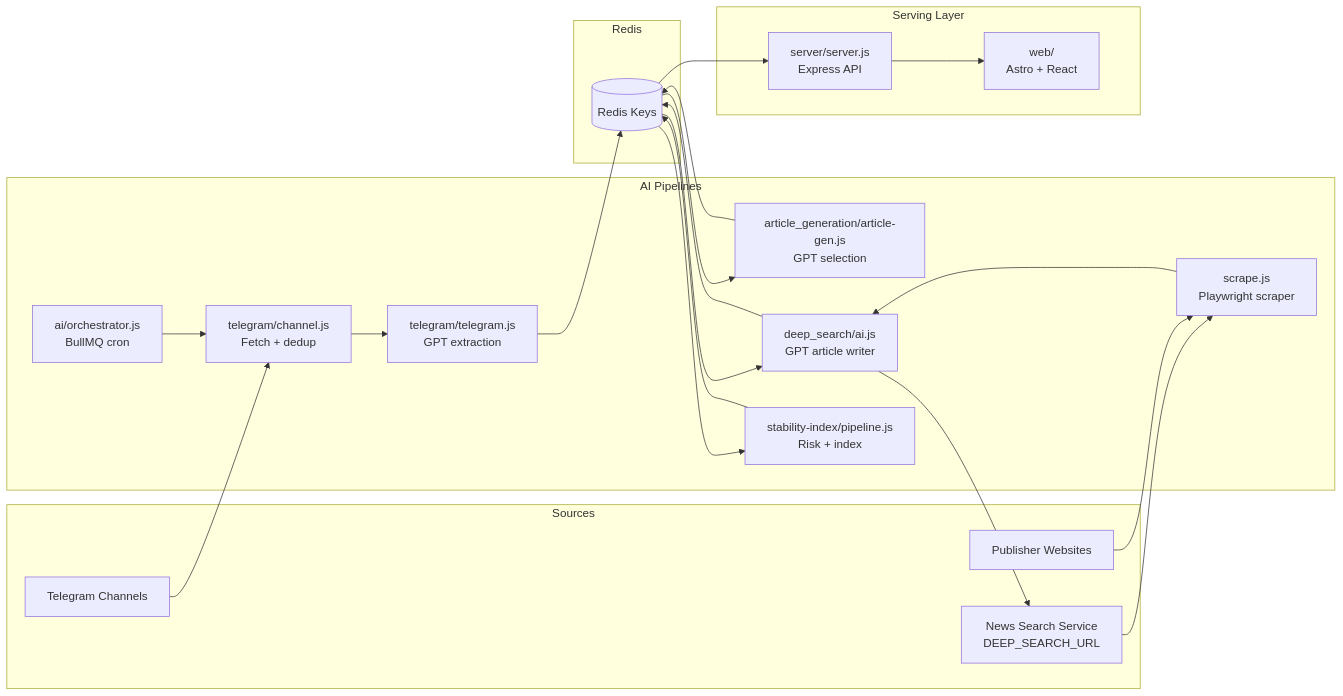
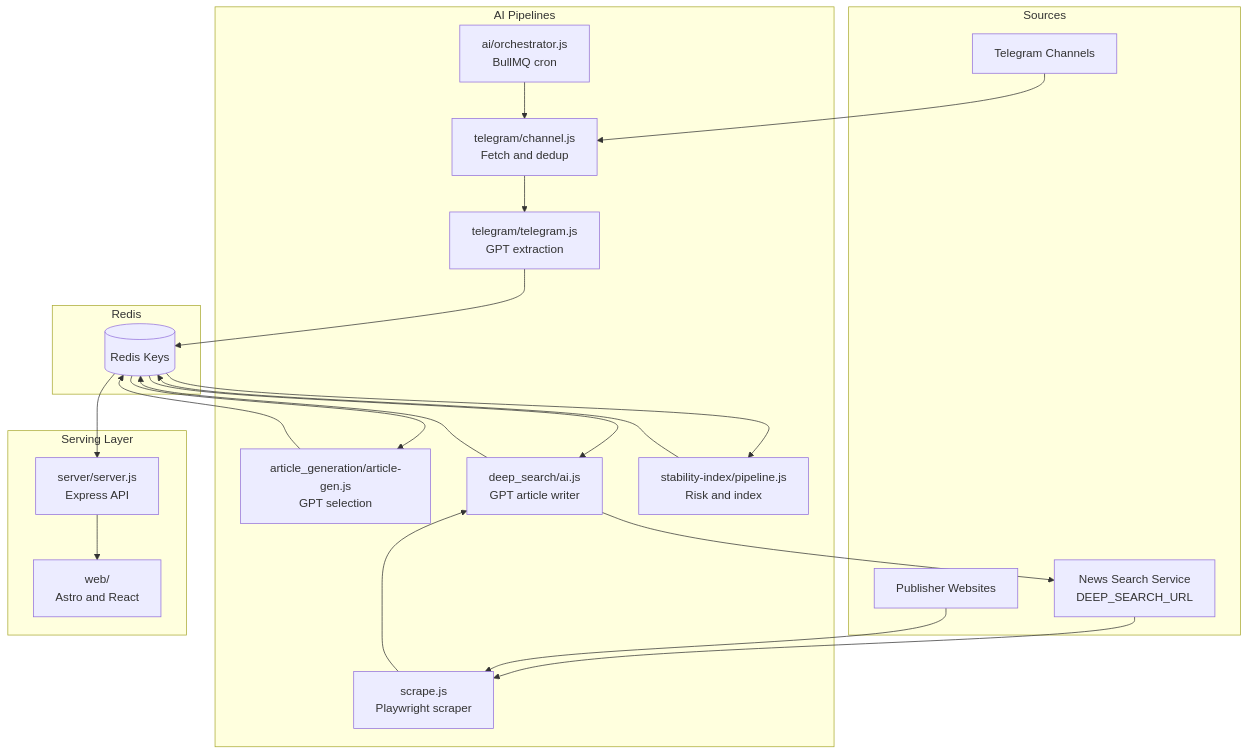
Before and after one commit to aneeshpatne/Intel: the first of 3 diagrams in README.md, drawn with Mermaid.

Commit message:
docs: make system architecture diagram vertical

````diff
--- a/README.md
+++ b/README.md
@@ -16,36 +16,36 @@
 ```mermaid
-flowchart LR
+flowchart TD
   subgraph Sources
-    TG[Telegram Channels]
-    NS[News Search Service\nDEEP_SEARCH_URL]
-    WEB[Publisher Websites]
+    TG["Telegram Channels"]
+    NS["News Search Service<br/>DEEP_SEARCH_URL"]
+    WEB["Publisher Websites"]
   end
 
-  subgraph AI_Pipelines[AI Pipelines]
-    ORCH[ai/orchestrator.js\nBullMQ cron]
-    TCH[telegram/channel.js\nFetch + dedup]
-    TSUM[telegram/telegram.js\nGPT extraction]
-    ASEL[article_generation/article-gen.js\nGPT selection]
-    DSRCH[deep_search/ai.js\nGPT article writer]
-    SCR[scrape.js\nPlaywright scraper]
-    STAB[stability-index/pipeline.js\nRisk + index]
+  subgraph AI_Pipelines["AI Pipelines"]
+    ORCH["ai/orchestrator.js<br/>BullMQ cron"]
+    TCH["telegram/channel.js<br/>Fetch and dedup"]
+    TSUM["telegram/telegram.js<br/>GPT extraction"]
+    ASEL["article_generation/article-gen.js<br/>GPT selection"]
+    DSRCH["deep_search/ai.js<br/>GPT article writer"]
+    SCR["scrape.js<br/>Playwright scraper"]
+    STAB["stability-index/pipeline.js<br/>Risk and index"]
   end
 
-  subgraph Data[Redis]
-    R[(Redis Keys)]
+  subgraph Data["Redis"]
+    R[("Redis Keys")]
   end
 
-  subgraph Serving[Serving Layer]
-    API[server/server.js\nExpress API]
-    WEBAPP[web/\nAstro + React]
+  subgraph Serving["Serving Layer"]
+    API["server/server.js<br/>Express API"]
+    WEBAPP["web/<br/>Astro and React"]
   end
 
   TG --> TCH --> TSUM --> R
   ORCH --> TCH
   R --> ASEL --> R
   R --> DSRCH
   DSRCH --> NS --> SCR --> DSRCH --> R
   R --> STAB --> R
   R --> API --> WEBAPP
   WEB --> SCR
 ```
````
